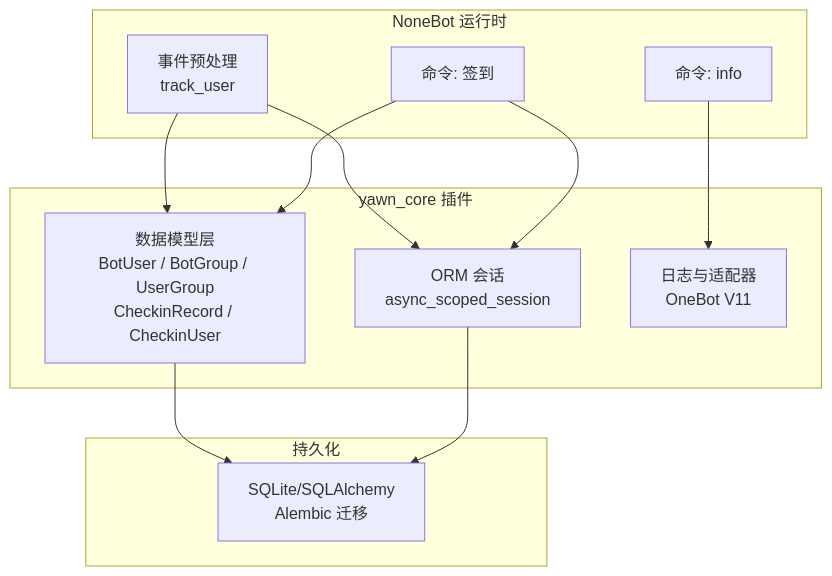
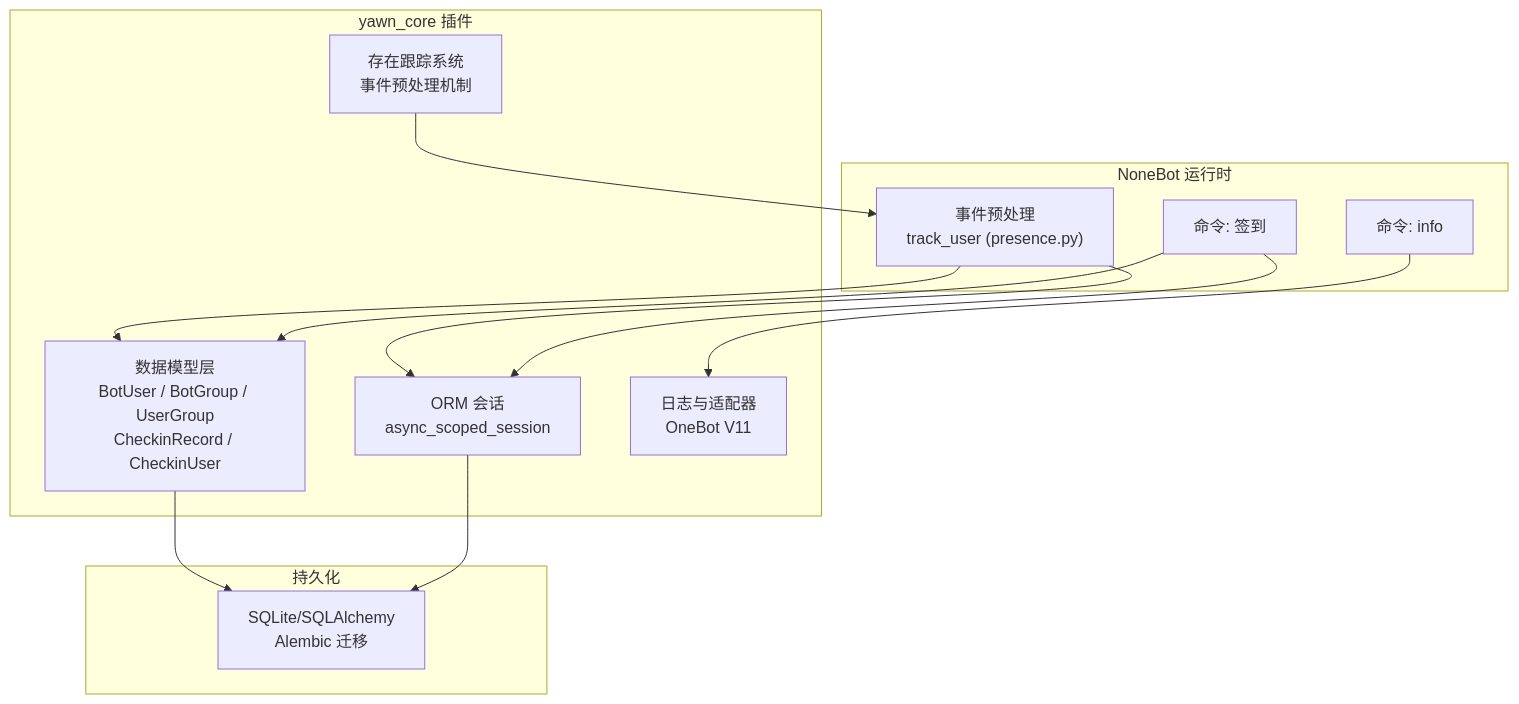
Before and after one commit to Wohaokunr/yawn_bot: the first of 7 diagrams in .qoder/repowiki/zh/content/架构设计/组件交互模式.md, drawn with Mermaid. The commit also changed other lines of this file and 13 other files, not shown here.

````diff
--- a/.qoder/repowiki/zh/content/架构设计/组件交互模式.md
+++ b/.qoder/repowiki/zh/content/架构设计/组件交互模式.md
@@ -48,23 +59,25 @@
 ```mermaid
 graph TB
 subgraph "NoneBot 运行时"
-A["事件预处理<br/>track_user"]
+A["事件预处理<br/>track_user (presence.py)"]
 B["命令: 签到"]
 C["命令: info"]
 end
 subgraph "yawn_core 插件"
 D["数据模型层<br/>BotUser / BotGroup / UserGroup<br/>CheckinRecord / CheckinUser"]
 E["ORM 会话<br/>async_scoped_session"]
 F["日志与适配器<br/>OneBot V11"]
+G["存在跟踪系统<br/>事件预处理机制"]
 end
 subgraph "持久化"
-G["SQLite/SQLAlchemy<br/>Alembic 迁移"]
+H["SQLite/SQLAlchemy<br/>Alembic 迁移"]
 end
 A --> D
 B --> D
 C --> F
 A --> E
 B --> E
-D --> G
-E --> G
+D --> H
+E --> H
+G --> A
 ```
````
